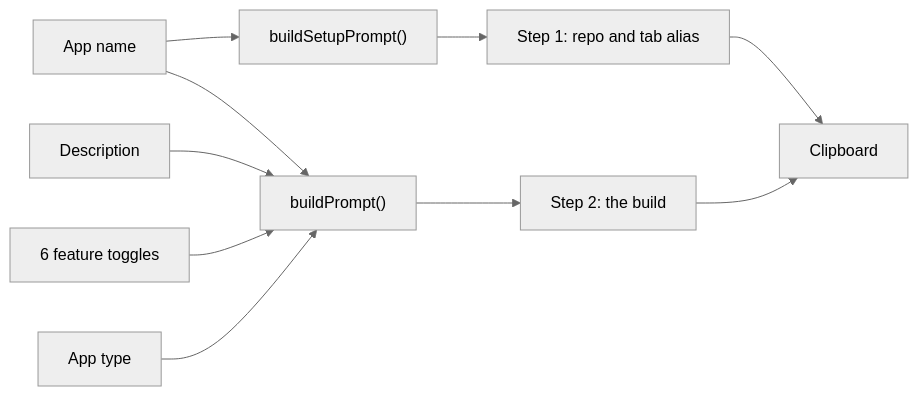
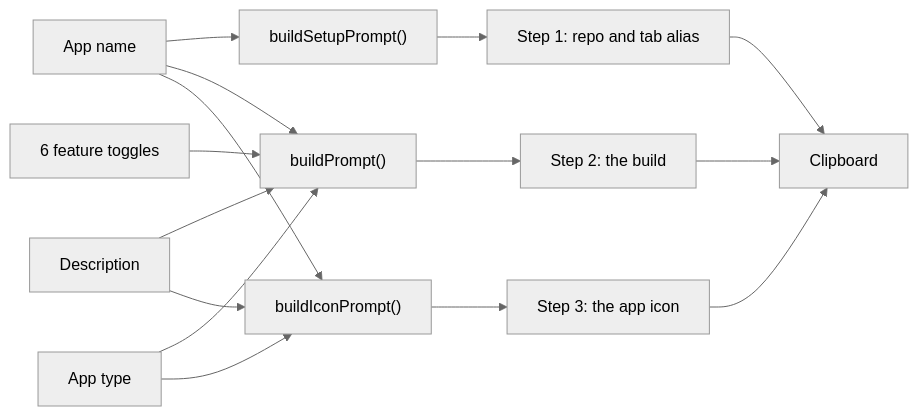
One commit to bunlongheng/launchkit changed the diagram in README.md. Above: the diagram before and after it, drawn with Mermaid (neutral theme). The commit also changed other lines of this file and 5 other files, not shown here.

First line of the commit message:
feat: add a 3rd prompt for the app icon (#2)

````diff
--- a/README.md
+++ b/README.md
@@ -75,12 +81,17 @@
 ```mermaid
 flowchart LR
     N[App name] --> S1["buildSetupPrompt()"]
     N --> S2
     D[Description] --> S2
     T[6 feature toggles] --> S2
     A[App type] --> S2["buildPrompt()"]
+    N --> S3
+    D --> S3
+    A --> S3["buildIconPrompt()"]
     S1 --> P1[Step 1: repo and tab alias]
     S2 --> P2[Step 2: the build]
+    S3 --> P3[Step 3: the app icon]
     P1 --> C[Clipboard]
     P2 --> C
+    P3 --> C
 ```
````
